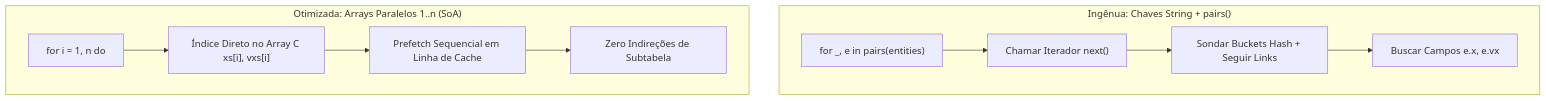
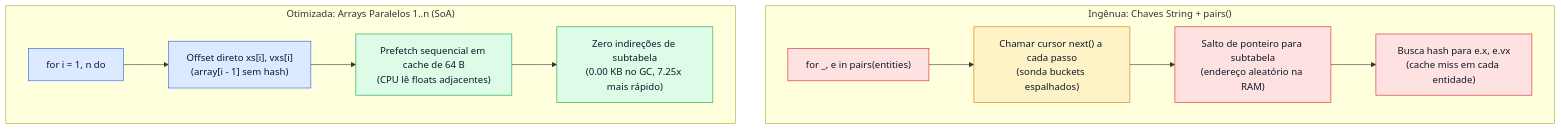
One commit to LevyArsOS/lua-lessons changed the diagram in lessons/ArrayVsHash/Tutorial/pt-br.md. Above: the diagram before and after it, drawn with Mermaid. The commit also changed other lines of this file and 5 other files, not shown here.

First line of the commit message:
docs(tutorials): upgrade ArrayVsHash, ClosureReuse, and LocalsVsGlobals diagrams

````diff
--- a/lessons/ArrayVsHash/Tutorial/pt-br.md
+++ b/lessons/ArrayVsHash/Tutorial/pt-br.md
@@ -42,14 +42,19 @@
 ```mermaid
 flowchart TD
+    classDef slow fill:#fee2e2,stroke:#dc2626,color:#111827
+    classDef fast fill:#dcfce7,stroke:#16a34a,color:#111827
+    classDef vm fill:#dbeafe,stroke:#2563eb,color:#111827
+    classDef warn fill:#fef3c7,stroke:#d97706,color:#111827
+
     subgraph Hash["Ingênua: Chaves String + pairs()"]
-        H1["for _, e in pairs(entities)"] --> H2["Chamar Iterador next()"]
-        H2 --> H3["Sondar Buckets Hash + Seguir Links"]
-        H3 --> H4["Buscar Campos e.x, e.vx"]
+        H1["for _, e in pairs(entities)"]:::slow --> H2["Chamar cursor next() a cada passo<br/>(sonda buckets espalhados)"]:::warn
+        H2 --> H3["Salto de ponteiro para subtabela<br/>(endereço aleatório na RAM)"]:::slow
+        H3 --> H4["Busca hash para e.x, e.vx<br/>(cache miss em cada entidade)"]:::slow
     end
 
     subgraph SoA["Otimizada: Arrays Paralelos 1..n (SoA)"]
-        S1["for i = 1, n do"] --> S2["Índice Direto no Array C xs[i], vxs[i]"]
-        S2 --> S3["Prefetch Sequencial em Linha de Cache"]
-        S3 --> S4["Zero Indireções de Subtabela"]
+        S1["for i = 1, n do"]:::vm --> S2["Offset direto xs[i], vxs[i]<br/>(array[i - 1] sem hash)"]:::vm
+        S2 --> S3["Prefetch sequencial em cache de 64 B<br/>(CPU lê floats adjacentes)"]:::fast
+        S3 --> S4["Zero indireções de subtabela<br/>(0.00 KB no GC, 7.25x mais rápido)"]:::fast
     end
 ```
````
